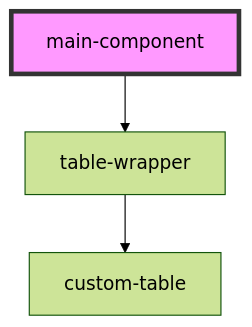
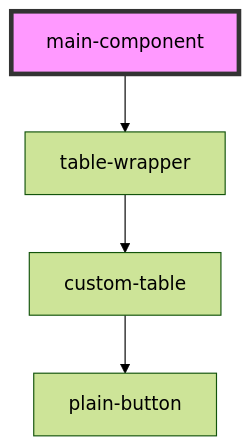
One commit to techvariable/NeptuneConnectComponents changed the diagram in src/components/main-component/readme.md. Above: the diagram before and after it, drawn with Mermaid (forest theme). The commit also changed 10 other files, not shown here.

````diff
--- a/src/components/main-component/readme.md
+++ b/src/components/main-component/readme.md
@@ -15,6 +15,7 @@
 ```mermaid
 graph TD;
   main-component --> table-wrapper
   table-wrapper --> custom-table
+  custom-table --> plain-button
   style main-component fill:#f9f,stroke:#333,stroke-width:4px
 ```
````
